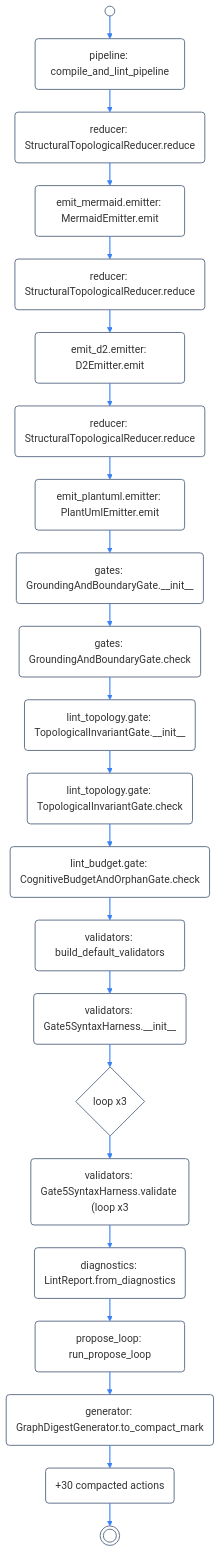
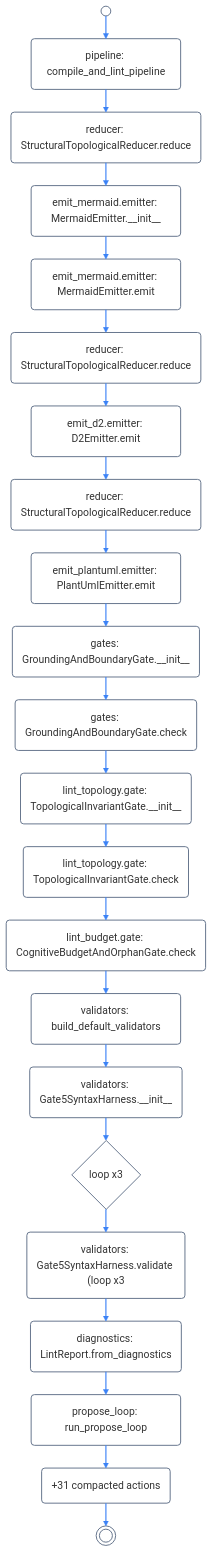
One commit to klcd/archigram changed the seventh of 8 diagrams in docs/architecture/uml-and-curation-showcase.md. Above: the diagram before and after it, drawn with Mermaid. The commit also changed other lines of this file and 86 other files, not shown here.

Commit message:
feat(theme): centralize mermaid theming and fix dark-mode diagrams

````diff
--- a/docs/architecture/uml-and-curation-showcase.md
+++ b/docs/architecture/uml-and-curation-showcase.md
@@ -643,67 +595,58 @@
 ```mermaid
 ---
 config:
   layout: elk
   elk:
     mergeEdges: false
     nodePlacementStrategy: BRANDES_KOEPF
   flowchart:
     defaultRenderer: elk
     curve: linear
-  themeVariables:
-    primaryColor: transparent
-    secondaryColor: transparent
-    tertiaryColor: transparent
-    mainBkg: transparent
-    nodeBorder: '#64748b'
-    clusterBkg: transparent
-    clusterBorder: '#64748b'
-    lineColor: '#64748b'
 ---
 flowchart TD
   classDef default fill:transparent,stroke:#64748b,stroke-width:1.5px
   act_start((" "))
   a0("pipeline: compile_and_lint_pipeline")
   a1("reducer: StructuralTopologicalReducer.reduce")
-  a2("emit_mermaid.emitter: MermaidEmitter.emit")
-  a3("reducer: StructuralTopologicalReducer.reduce")
-  a4("emit_d2.emitter: D2Emitter.emit")
-  a5("reducer: StructuralTopologicalReducer.reduce")
-  a6("emit_plantuml.emitter: PlantUmlEmitter.emit")
-  a7("gates: GroundingAndBoundaryGate.__init__")
-  a8("gates: GroundingAndBoundaryGate.check")
-  a9("lint_topology.gate: TopologicalInvariantGate.__init__")
-  a10("lint_topology.gate: TopologicalInvariantGate.check")
-  a11("lint_budget.gate: CognitiveBudgetAndOrphanGate.check")
-  a12("validators: build_default_validators")
-  a13("validators: Gate5SyntaxHarness.__init__")
-  g14{"loop x3"}
-  a14("validators: Gate5SyntaxHarness.validate (loop x3")
-  a15("diagnostics: LintReport.from_diagnostics")
-  a16("propose_loop: run_propose_loop")
-  a17("generator: GraphDigestGenerator.to_compact_mark")
-  a_more("+30 compacted actions")
+  a2("emit_mermaid.emitter: MermaidEmitter.__init__")
+  a3("emit_mermaid.emitter: MermaidEmitter.emit")
+  a4("reducer: StructuralTopologicalReducer.reduce")
+  a5("emit_d2.emitter: D2Emitter.emit")
+  a6("reducer: StructuralTopologicalReducer.reduce")
+  a7("emit_plantuml.emitter: PlantUmlEmitter.emit")
+  a8("gates: GroundingAndBoundaryGate.__init__")
+  a9("gates: GroundingAndBoundaryGate.check")
+  a10("lint_topology.gate: TopologicalInvariantGate.__init__")
+  a11("lint_topology.gate: TopologicalInvariantGate.check")
+  a12("lint_budget.gate: CognitiveBudgetAndOrphanGate.check")
+  a13("validators: build_default_validators")
+  a14("validators: Gate5SyntaxHarness.__init__")
+  g15{"loop x3"}
+  a15("validators: Gate5SyntaxHarness.validate (loop x3")
+  a16("diagnostics: LintReport.from_diagnostics")
+  a17("propose_loop: run_propose_loop")
+  a_more("+31 compacted actions")
   act_stop(((" ")))
   act_start --> a0
   a0 --> a1
   a1 --> a2
   a2 --> a3
   a3 --> a4
   a4 --> a5
   a5 --> a6
   a6 --> a7
   a7 --> a8
   a8 --> a9
   a9 --> a10
   a10 --> a11
   a11 --> a12
   a12 --> a13
-  a13 --> g14
-  g14 --> a14
-  a14 --> a15
+  a13 --> a14
+  a14 --> g15
+  g15 --> a15
   a15 --> a16
   a16 --> a17
   a17 --> a_more
   a_more --> act_stop
   linkStyle 0,1,2,3,4,5,6,7,8,9,10,11,12,13,14,15,16,17,18,19,20 stroke:#3b82f6,stroke-width:1.75px
 ```
````
